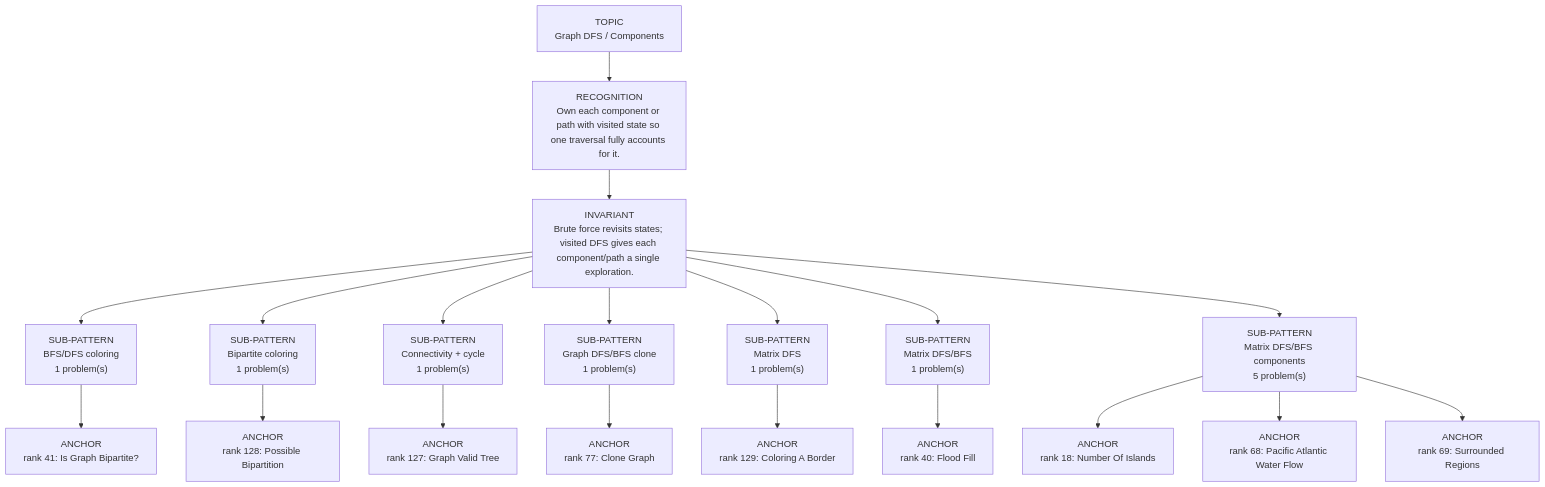
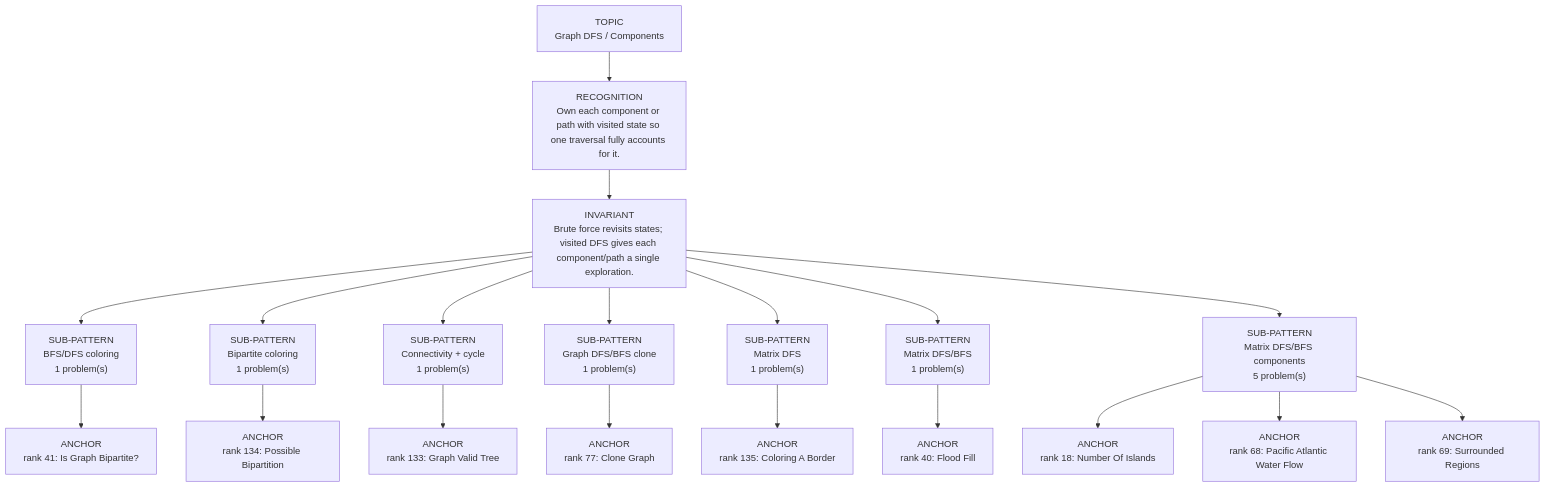
Before and after one commit to thechiranjeevjain/DSA10days: the diagram in dsa-review/interview/patterns/10_graph_dfs.md, drawn with Mermaid. The commit also changed other lines of this file and 61 other files, not shown here.

````diff
--- a/dsa-review/interview/patterns/10_graph_dfs.md
+++ b/dsa-review/interview/patterns/10_graph_dfs.md
@@ -15,23 +15,23 @@
 ```mermaid
 flowchart TD
   Topic["TOPIC<br/>Graph DFS / Components"]
   Recognition["RECOGNITION<br/>Own each component or path with visited state so one traversal fully accounts for it."]
   Invariant["INVARIANT<br/>Brute force revisits states; visited DFS gives each component/path a single exploration."]
   Topic --> Recognition --> Invariant
   Invariant --> Sub01["SUB-PATTERN<br/>BFS/DFS coloring<br/>1 problem(s)"]
   Sub01 --> Sub01A01["ANCHOR<br/>rank 41: Is Graph Bipartite?"]
   Invariant --> Sub02["SUB-PATTERN<br/>Bipartite coloring<br/>1 problem(s)"]
-  Sub02 --> Sub02A01["ANCHOR<br/>rank 128: Possible Bipartition"]
+  Sub02 --> Sub02A01["ANCHOR<br/>rank 134: Possible Bipartition"]
   Invariant --> Sub03["SUB-PATTERN<br/>Connectivity + cycle<br/>1 problem(s)"]
-  Sub03 --> Sub03A01["ANCHOR<br/>rank 127: Graph Valid Tree"]
+  Sub03 --> Sub03A01["ANCHOR<br/>rank 133: Graph Valid Tree"]
   Invariant --> Sub04["SUB-PATTERN<br/>Graph DFS/BFS clone<br/>1 problem(s)"]
   Sub04 --> Sub04A01["ANCHOR<br/>rank 77: Clone Graph"]
   Invariant --> Sub05["SUB-PATTERN<br/>Matrix DFS<br/>1 problem(s)"]
-  Sub05 --> Sub05A01["ANCHOR<br/>rank 129: Coloring A Border"]
+  Sub05 --> Sub05A01["ANCHOR<br/>rank 135: Coloring A Border"]
   Invariant --> Sub06["SUB-PATTERN<br/>Matrix DFS/BFS<br/>1 problem(s)"]
   Sub06 --> Sub06A01["ANCHOR<br/>rank 40: Flood Fill"]
   Invariant --> Sub07["SUB-PATTERN<br/>Matrix DFS/BFS components<br/>5 problem(s)"]
   Sub07 --> Sub07A01["ANCHOR<br/>rank 18: Number Of Islands"]
   Sub07 --> Sub07A02["ANCHOR<br/>rank 68: Pacific Atlantic Water Flow"]
   Sub07 --> Sub07A03["ANCHOR<br/>rank 69: Surrounded Regions"]
 ```
````
